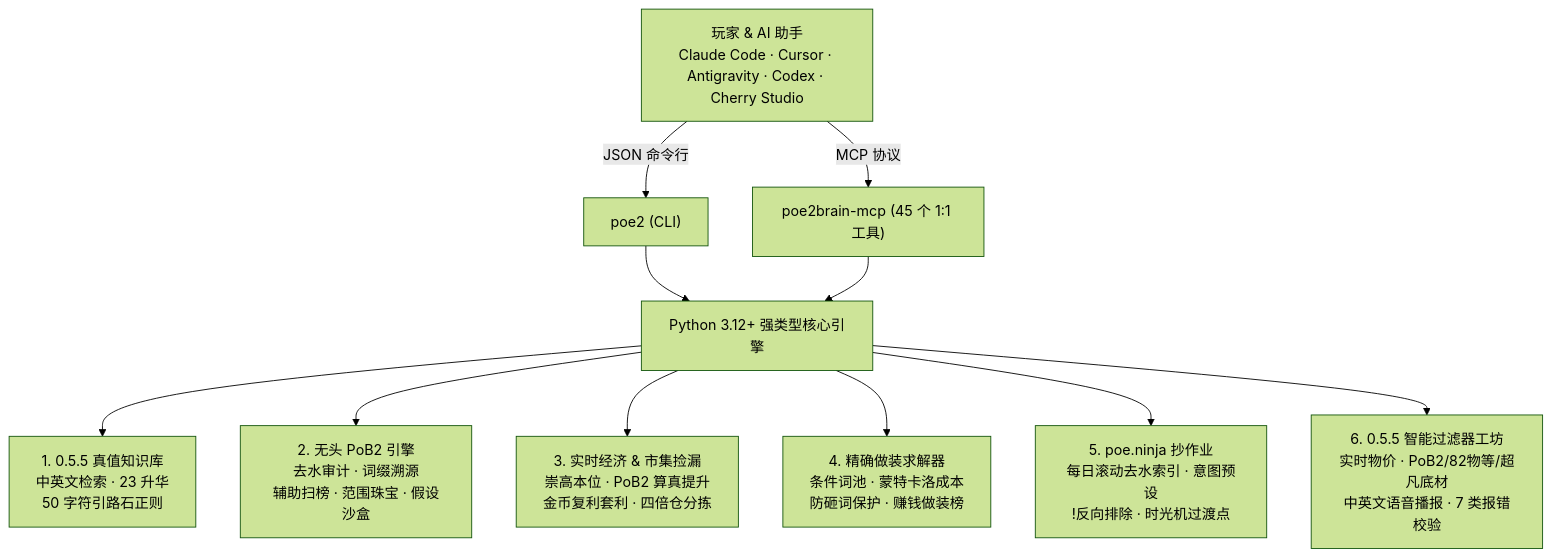
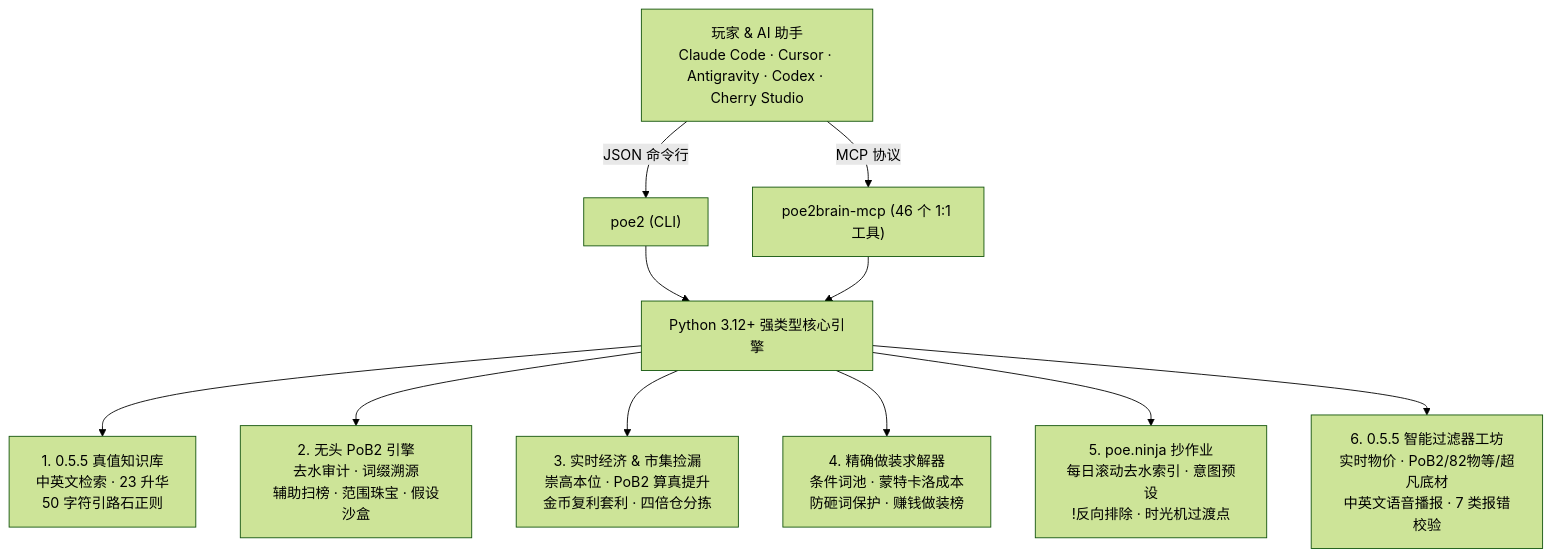
One commit to lifan-builds/poe2brain changed the diagram in README_ZH.md. Above: the diagram before and after it, drawn with Mermaid (forest theme). The commit also changed other lines of this file and 30 other files, not shown here.

````diff
--- a/README_ZH.md
+++ b/README_ZH.md
@@ -116,15 +116,15 @@
 ```mermaid
 flowchart TB
     A["玩家 & AI 助手<br/>Claude Code · Cursor · Antigravity · Codex · Cherry Studio"]
     A -->|JSON 命令行| CLI["poe2 (CLI)"]
-    A -->|MCP 协议| MCP["poe2brain-mcp (45 个 1:1 工具)"]
+    A -->|MCP 协议| MCP["poe2brain-mcp (46 个 1:1 工具)"]
     CLI --> CORE["Python 3.12+ 强类型核心引擎"]
     MCP --> CORE
 
     CORE --> P1["1. 0.5.5 真值知识库<br/>中英文检索 · 23 升华<br/>50 字符引路石正则"]
     CORE --> P2["2. 无头 PoB2 引擎<br/>去水审计 · 词缀溯源<br/>辅助扫榜 · 范围珠宝 · 假设沙盒"]
     CORE --> P3["3. 实时经济 & 市集捡漏<br/>崇高本位 · PoB2 算真提升<br/>金币复利套利 · 四倍仓分拣"]
     CORE --> P4["4. 精确做装求解器<br/>条件词池 · 蒙特卡洛成本<br/>防砸词保护 · 赚钱做装榜"]
     CORE --> P5["5. poe.ninja 抄作业<br/>每日滚动去水索引 · 意图预设<br/>!反向排除 · 时光机过渡点"]
     CORE --> P6["6. 0.5.5 智能过滤器工坊<br/>实时物价 · PoB2/82物等/超凡底材<br/>中英文语音播报 · 7 类报错校验"]
 ```
````
